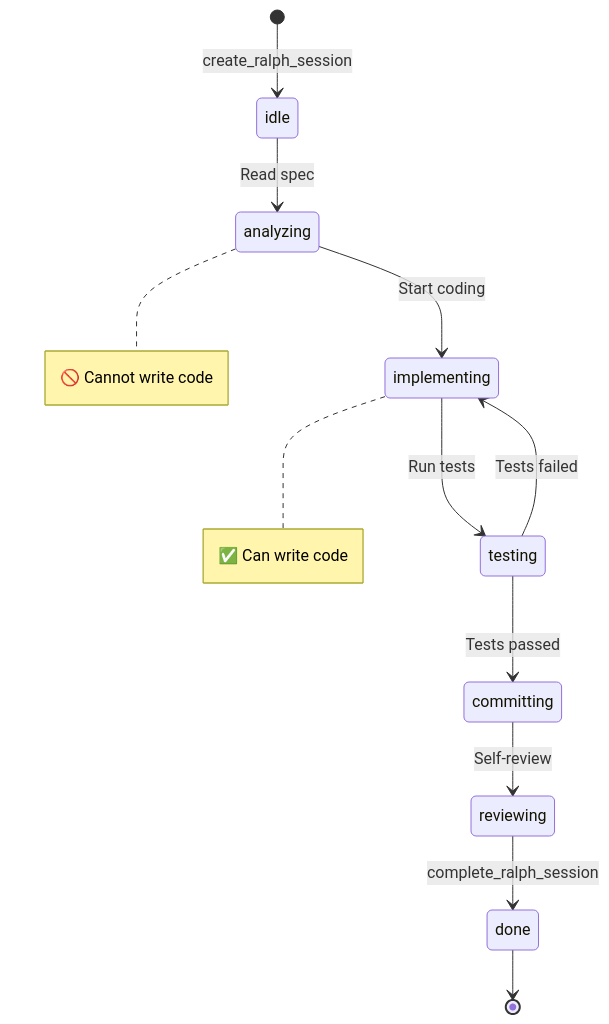
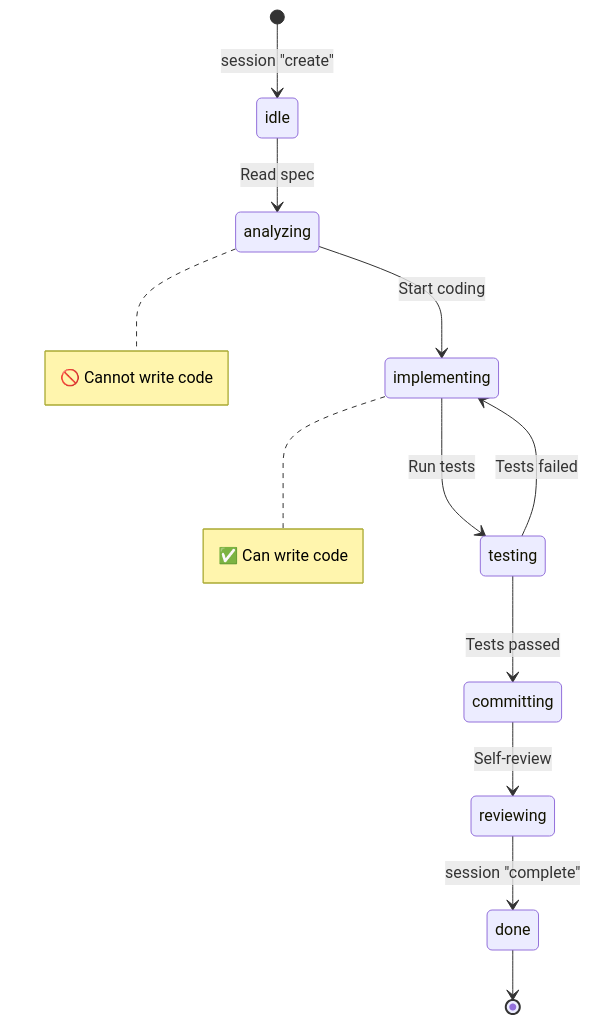
One commit to salmanrrana/brain-dump changed the second of 9 diagrams in docs/flows/ralph-workflow.md. Above: the diagram before and after it, drawn with Mermaid. The commit also changed other lines of this file and 203 other files, not shown here.

````diff
--- a/docs/flows/ralph-workflow.md
+++ b/docs/flows/ralph-workflow.md
@@ -125,15 +125,15 @@
 ```mermaid
 stateDiagram-v2
-    [*] --> idle: create_ralph_session
+    [*] --> idle: session "create"
     idle --> analyzing: Read spec
     analyzing --> implementing: Start coding
     implementing --> testing: Run tests
     testing --> implementing: Tests failed
     testing --> committing: Tests passed
     committing --> reviewing: Self-review
-    reviewing --> done: complete_ralph_session
+    reviewing --> done: session "complete"
     done --> [*]
 
     note right of implementing: ✅ Can write code
     note right of analyzing: 🚫 Cannot write code
 ```
````
